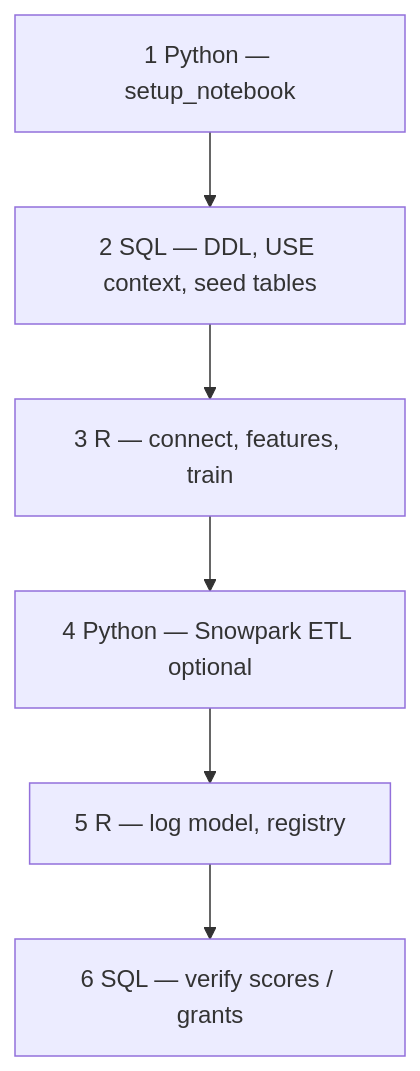
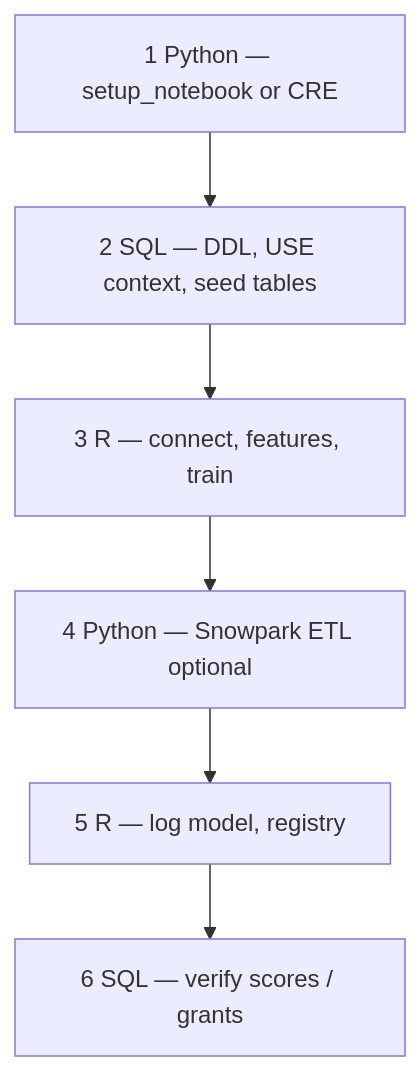
One commit to Snowflake-Labs/snowflakeR changed the third of 3 diagrams in guide/Hitchhikers_Guide_to_R_in_Snowflake/08_r_cells_and_interop/index.qmd. Above: the diagram before and after it, drawn with Mermaid. The commit also changed other lines of this file and 61 other files, not shown here.

````diff
--- a/guide/Hitchhikers_Guide_to_R_in_Snowflake/08_r_cells_and_interop/index.qmd
+++ b/guide/Hitchhikers_Guide_to_R_in_Snowflake/08_r_cells_and_interop/index.qmd
@@ -344,10 +367,10 @@
 ```{mermaid}
 flowchart TD
-  C1["1 Python — setup_notebook"]
+  C1["1 Python — setup_notebook or CRE"]
   C2["2 SQL — DDL, USE context, seed tables"]
   C3["3 R — connect, features, train"]
   C4["4 Python — Snowpark ETL optional"]
   C5["5 R — log model, registry"]
   C6["6 SQL — verify scores / grants"]
   C1 --> C2 --> C3 --> C4 --> C5 --> C6
 ```
````
